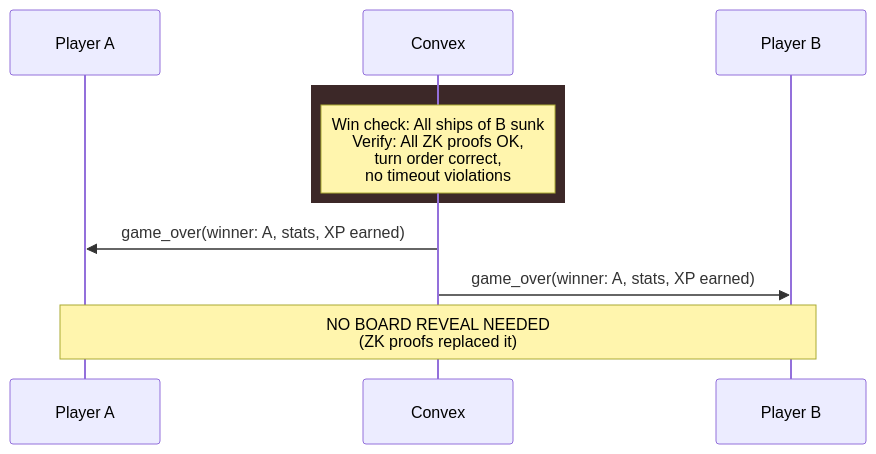
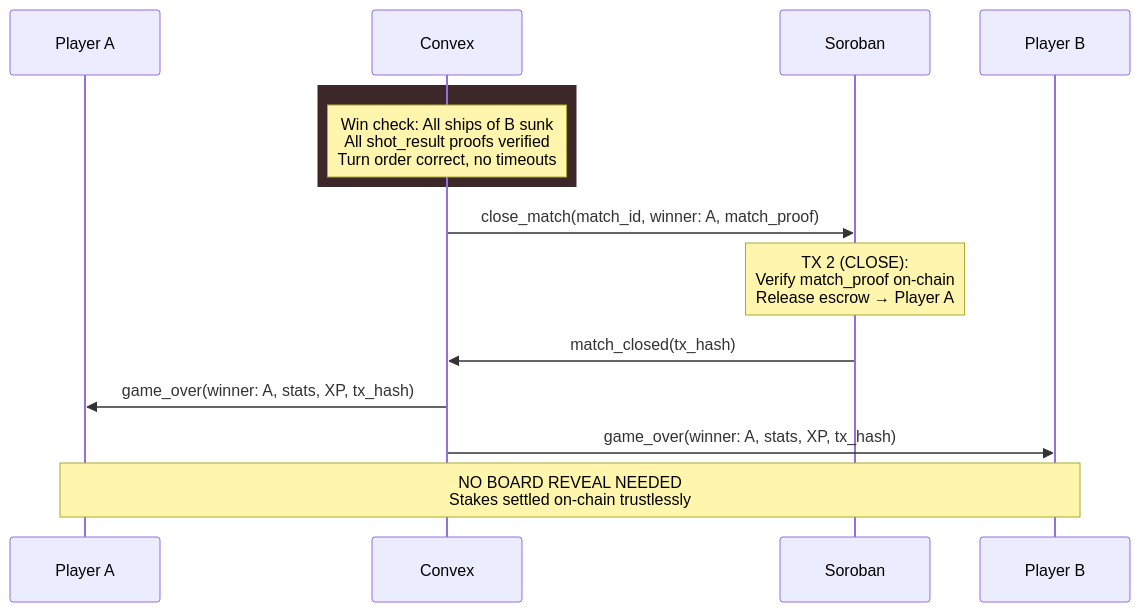
Before and after one commit to olivmath/stealth-battleship: the fifth of 5 diagrams in docs/ZK-PVP-DESIGN.md, drawn with Mermaid. The commit also changed other lines of this file and 1 other file, not shown here.

````diff
--- a/docs/ZK-PVP-DESIGN.md
+++ b/docs/ZK-PVP-DESIGN.md
@@ -188,15 +207,20 @@
 ```mermaid
 sequenceDiagram
     participant A as Player A
     participant C as Convex
+    participant S as Soroban
     participant B as Player B
 
     rect rgb(60, 40, 40)
-        Note over C: Win check: All ships of B sunk<br/>Verify: All ZK proofs OK,<br/>turn order correct,<br/>no timeout violations
+        Note over C: Win check: All ships of B sunk<br/>All shot_result proofs verified<br/>Turn order correct, no timeouts
     end
 
-    C->>A: game_over(winner: A, stats, XP earned)
-    C->>B: game_over(winner: A, stats, XP earned)
+    C->>S: close_match(match_id, winner: A, match_proof)
+    Note over S: TX 2 (CLOSE):<br/>Verify match_proof on-chain<br/>Release escrow → Player A
 
-    Note over A,B: NO BOARD REVEAL NEEDED<br/>(ZK proofs replaced it)
+    S->>C: match_closed(tx_hash)
+    C->>A: game_over(winner: A, stats, XP, tx_hash)
+    C->>B: game_over(winner: A, stats, XP, tx_hash)
+
+    Note over A,B: NO BOARD REVEAL NEEDED<br/>Stakes settled on-chain trustlessly
 ```
````
